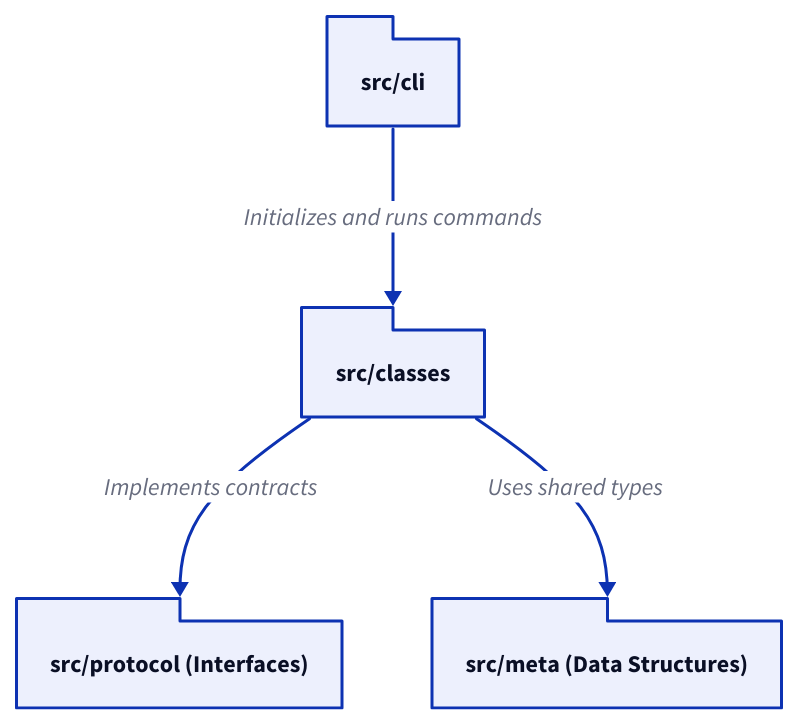
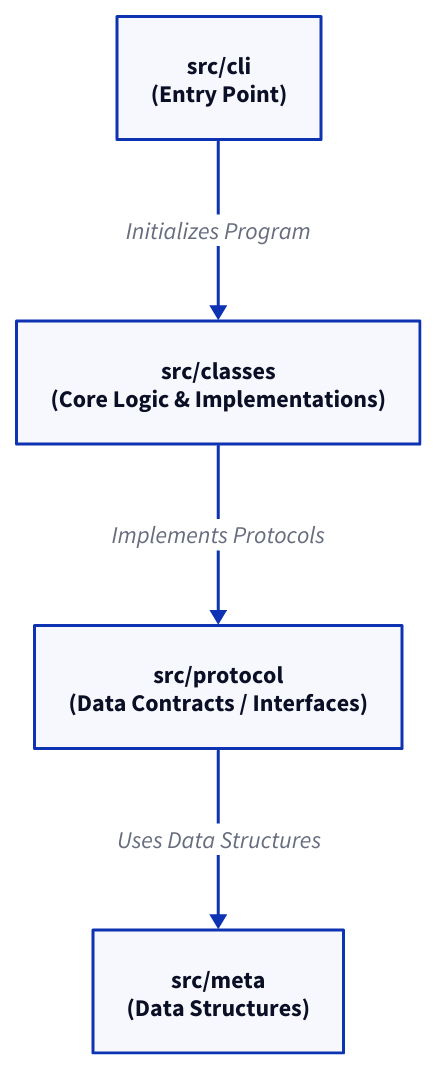
One commit to lban2049/to-where-cli changed the diagram in .aigne/doc-smith/docs/development-project-structure.md. Above: the diagram before and after it, drawn with D2. The commit also changed other lines of this file and 24 other files, not shown here.

````diff
--- a/.aigne/doc-smith/docs/development-project-structure.md
+++ b/.aigne/doc-smith/docs/development-project-structure.md
@@ -11,28 +11,27 @@
 ```d2
 direction: down
 
-"CLI Entry Point": {
-  label: "src/cli"
-  shape: package
+src-cli: {
+  label: "src/cli\n(Entry Point)"
+  shape: rectangle
 }
 
-"Core Logic": {
-  label: "src/classes"
-  shape: package
+src-classes: {
+  label: "src/classes\n(Core Logic & Implementations)"
+  shape: rectangle
 }
 
-"Protocols": {
-  label: "src/protocol (Interfaces)"
-  shape: package
+src-protocol: {
+  label: "src/protocol\n(Data Contracts / Interfaces)"
+  shape: rectangle
 }
 
-"Meta": {
-  label: "src/meta (Data Structures)"
-  shape: package
+src-meta: {
+  label: "src/meta\n(Data Structures)"
+  shape: rectangle
 }
 
-"CLI Entry Point" -> "Core Logic": "Initializes and runs commands"
-"Core Logic" -> "Protocols": "Implements contracts"
-"Core Logic" -> "Meta": "Uses shared types"
-
+src-cli -> src-classes: "Initializes Program"
+src-classes -> src-protocol: "Implements Protocols"
+src-protocol -> src-meta: "Uses Data Structures"
 ```
````
